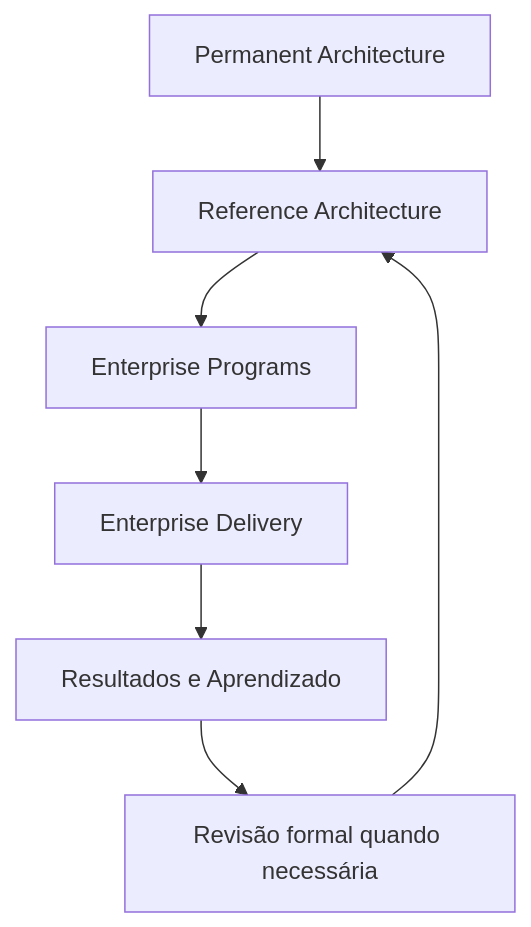
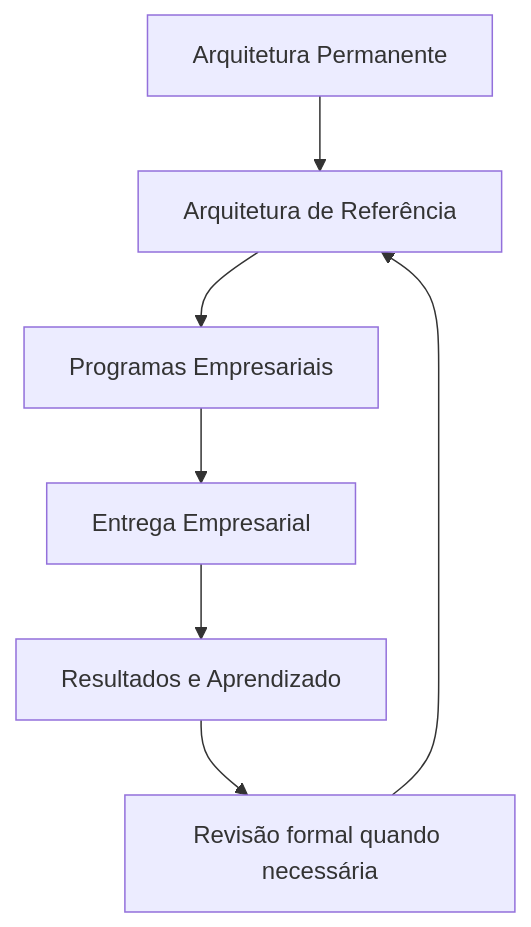
One commit to guivos-repositorio/Guivos-Knowledge-Repository changed the first of 2 diagrams in docs/enterprise-architecture/index.md. Above: the diagram before and after it, drawn with Mermaid. The commit also changed other lines of this file, not shown here.

Commit message:
sincronizar Arquitetura Empresarial com M7.20

````diff
--- a/docs/enterprise-architecture/index.md
+++ b/docs/enterprise-architecture/index.md
@@ -66,9 +75,9 @@
 ```mermaid
 graph TD
-    PA[Permanent Architecture] --> RA[Reference Architecture]
-    RA --> EP[Enterprise Programs]
-    EP --> ED[Enterprise Delivery]
+    PA[Arquitetura Permanente] --> RA[Arquitetura de Referência]
+    RA --> EP[Programas Empresariais]
+    EP --> ED[Entrega Empresarial]
     ED --> L[Resultados e Aprendizado]
     L --> R[Revisão formal quando necessária]
     R --> RA
 ```
````
